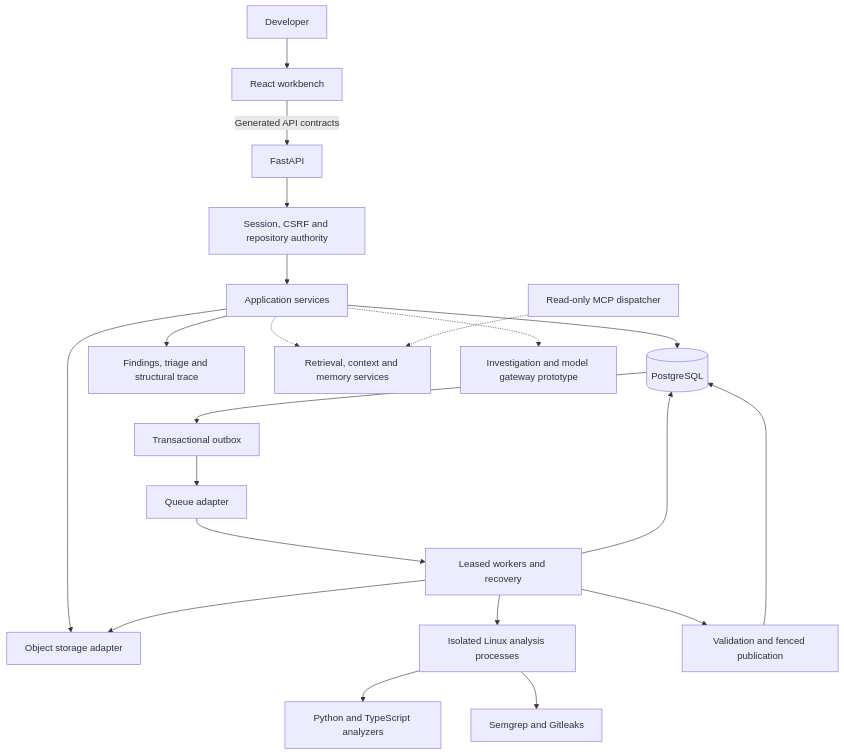
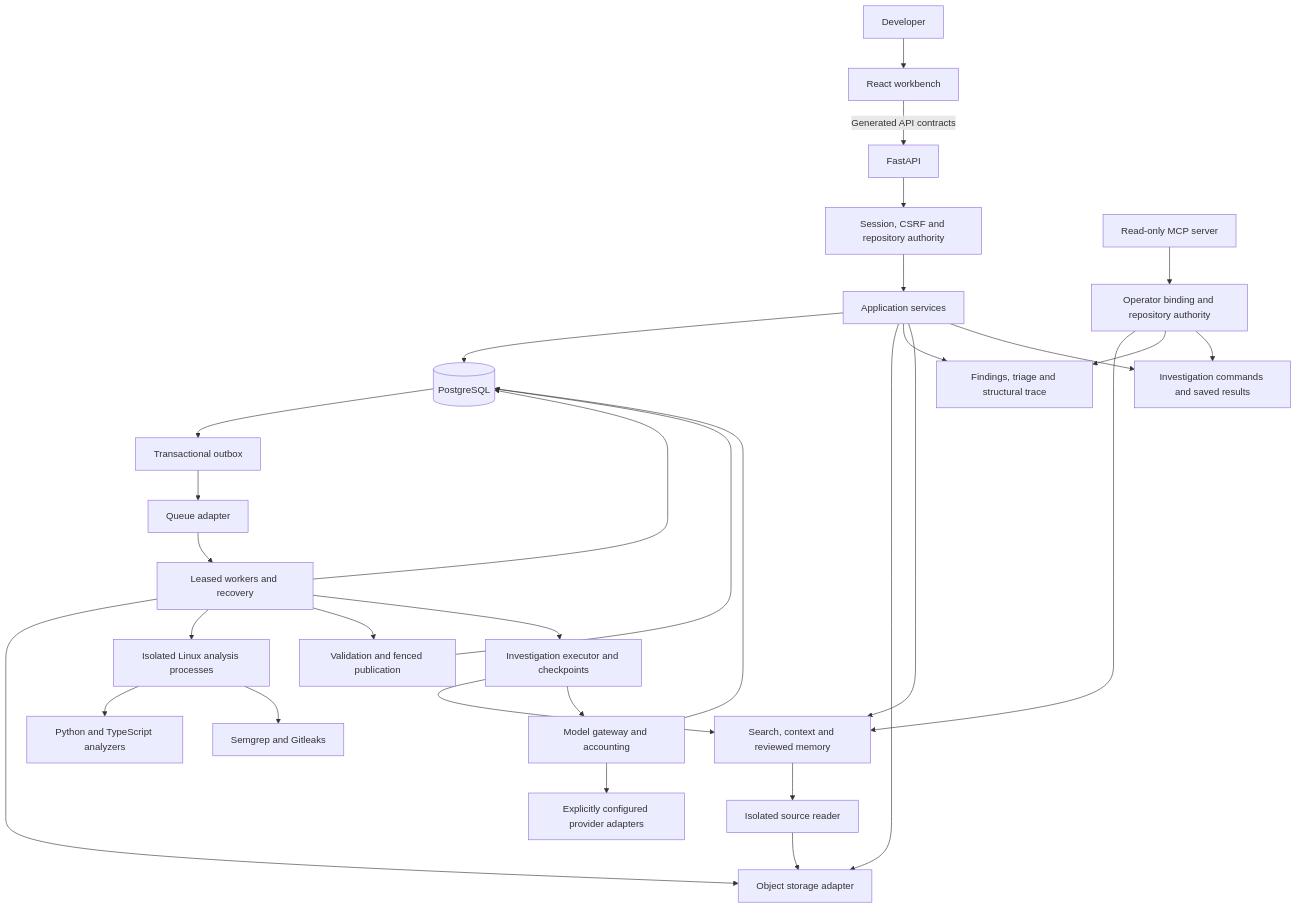
One commit to aman-bhaskar-codes/CodeSPY changed the diagram in README.md. Above: the diagram before and after it, drawn with Mermaid. The commit also changed other lines of this file and 24 other files, not shown here.

````diff
--- a/README.md
+++ b/README.md
@@ -71,26 +70,36 @@
 ```mermaid
 flowchart TB
     Developer[Developer] --> UI[React workbench]
     UI -->|Generated API contracts| API[FastAPI]
     API --> Auth[Session, CSRF and repository authority]
     Auth --> Services[Application services]
 
     Services --> DB[(PostgreSQL)]
     Services --> Objects[Object storage adapter]
     DB --> Outbox[Transactional outbox]
     Outbox --> Queue[Queue adapter]
     Queue --> Workers[Leased workers and recovery]
     Workers --> DB
     Workers --> Objects
 
     Workers --> Sandbox[Isolated Linux analysis processes]
     Sandbox --> Parsers[Python and TypeScript analyzers]
     Sandbox --> Scanners[Semgrep and Gitleaks]
     Workers --> Publication[Validation and fenced publication]
     Publication --> DB
 
     Services --> Reads[Findings, triage and structural trace]
-    Services -.-> Retrieval[Retrieval, context and memory services]
-    Services -.-> Investigation[Investigation and model gateway prototype]
-    MCP[Read-only MCP dispatcher] -.-> Retrieval
+    Services --> Retrieval[Search, context and reviewed memory]
+    Services --> Investigation[Investigation commands and saved results]
+    Workers --> Execution[Investigation executor and checkpoints]
+    Execution --> Retrieval
+    Execution --> Gateway[Model gateway and accounting]
+    Gateway --> Providers[Explicitly configured provider adapters]
+    Gateway --> DB
+    Retrieval --> Reader[Isolated source reader]
+    Reader --> Objects
+    MCP[Read-only MCP server] --> MCPAuth[Operator binding and repository authority]
+    MCPAuth --> Retrieval
+    MCPAuth --> Reads
+    MCPAuth --> Investigation
 ```
````
